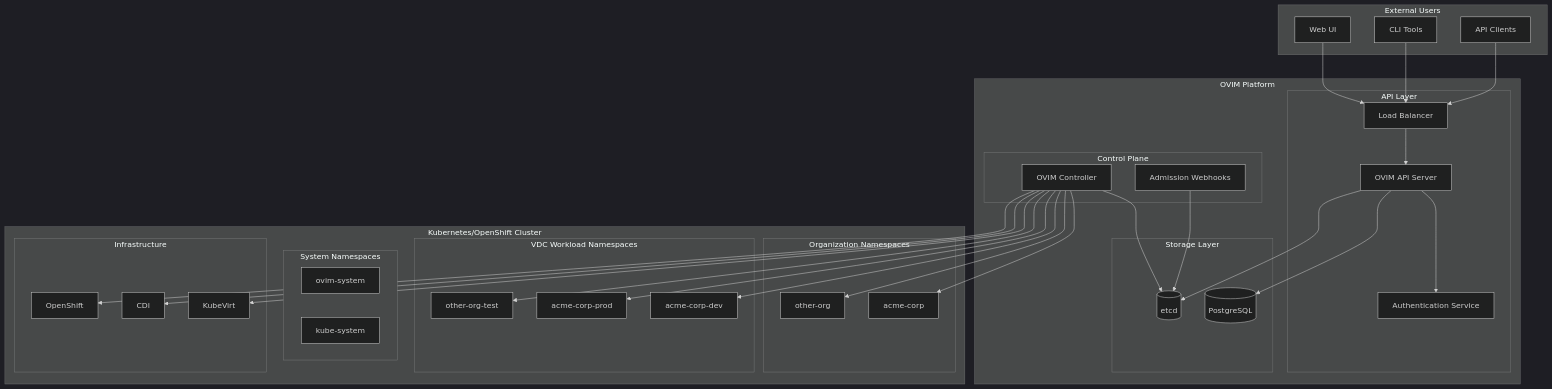
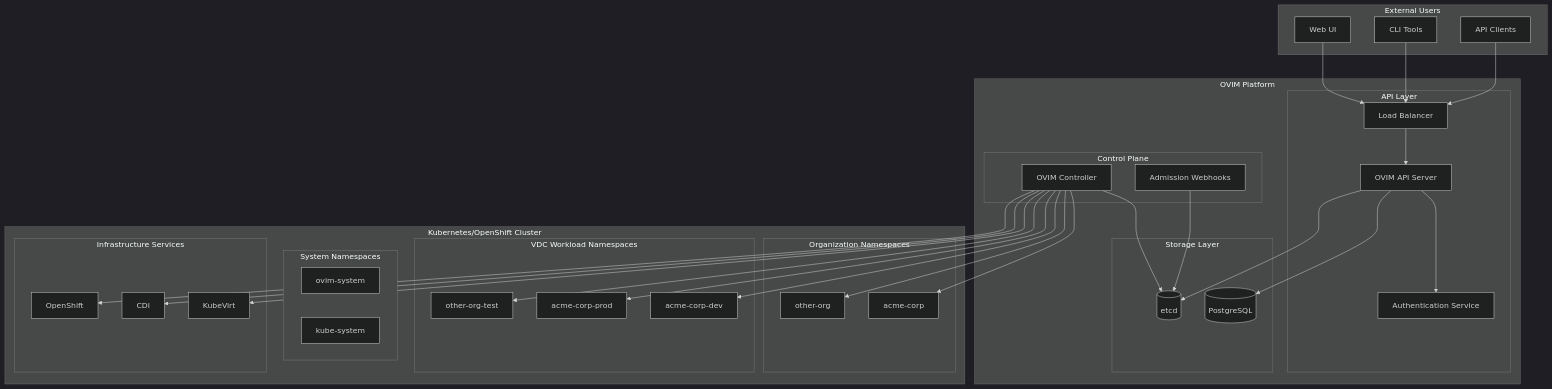
Before and after one commit to eliorerz/ovim: the first of 10 diagrams in presentation/diagrams/architecture-overview.md, drawn with Mermaid (dark theme). The commit also changed other lines of this file and 8 other files, not shown here.

````diff
--- a/presentation/diagrams/architecture-overview.md
+++ b/presentation/diagrams/architecture-overview.md
@@ -5,68 +7,68 @@
 ```mermaid
 flowchart TB
     subgraph External["External Users"]
         UI[Web UI]
         CLI[CLI Tools]
         API_CLIENT[API Clients]
     end
 
     subgraph Platform["OVIM Platform"]
         subgraph APILayer["API Layer"]
             LB[Load Balancer]
             API[OVIM API Server]
             AUTH[Authentication Service]
         end
 
         subgraph ControlPlane["Control Plane"]
             CTRL[OVIM Controller]
             WEBHOOK[Admission Webhooks]
         end
 
         subgraph StorageLayer["Storage Layer"]
             PG[(PostgreSQL)]
             ETCD[(etcd)]
         end
     end
 
     subgraph Cluster["Kubernetes/OpenShift Cluster"]
         subgraph SystemNS["System Namespaces"]
-            OVIM_NS[ovim-system]
-            KUBE_NS[kube-system]
+            OVIM_NS["ovim-system"]
+            KUBE_NS["kube-system"]
         end
 
         subgraph OrgNS["Organization Namespaces"]
-            ORG1_NS[acme-corp]
-            ORG2_NS[other-org]
+            ORG1_NS["acme-corp"]
+            ORG2_NS["other-org"]
         end
 
         subgraph VdcNS["VDC Workload Namespaces"]
-            VDC1_NS[acme-corp-dev]
-            VDC2_NS[acme-corp-prod]
-            VDC3_NS[other-org-test]
+            VDC1_NS["acme-corp-dev"]
+            VDC2_NS["acme-corp-prod"]
+            VDC3_NS["other-org-test"]
         end
 
-        subgraph Infrastructure
+        subgraph Infrastructure["Infrastructure Services"]
             KV[KubeVirt]
             CDI[CDI]
             OCP[OpenShift]
         end
     end
 
     UI --> LB
     CLI --> LB
     API_CLIENT --> LB
     LB --> API
     API --> AUTH
     API --> PG
     API --> ETCD
     CTRL --> ETCD
     CTRL --> ORG1_NS
     CTRL --> ORG2_NS
     CTRL --> VDC1_NS
     CTRL --> VDC2_NS
     CTRL --> VDC3_NS
     WEBHOOK --> ETCD
     CTRL --> KV
     CTRL --> CDI
     CTRL --> OCP
 ```
````
